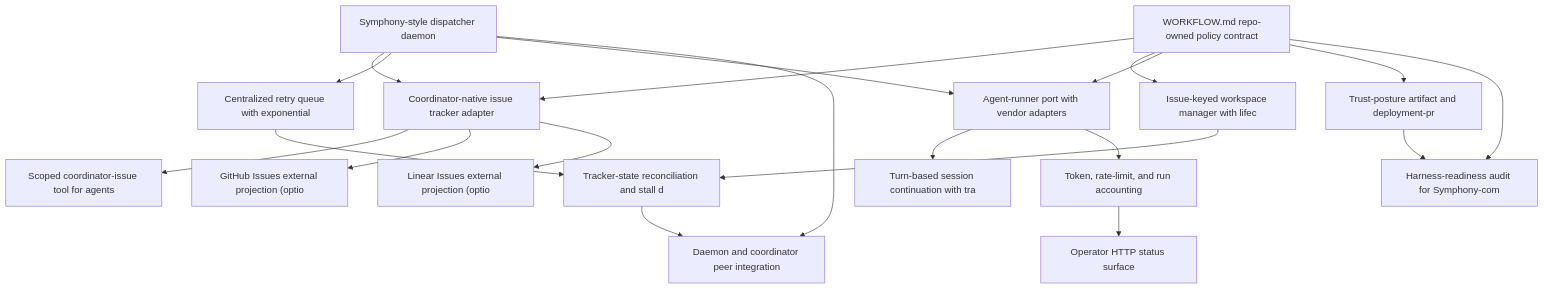
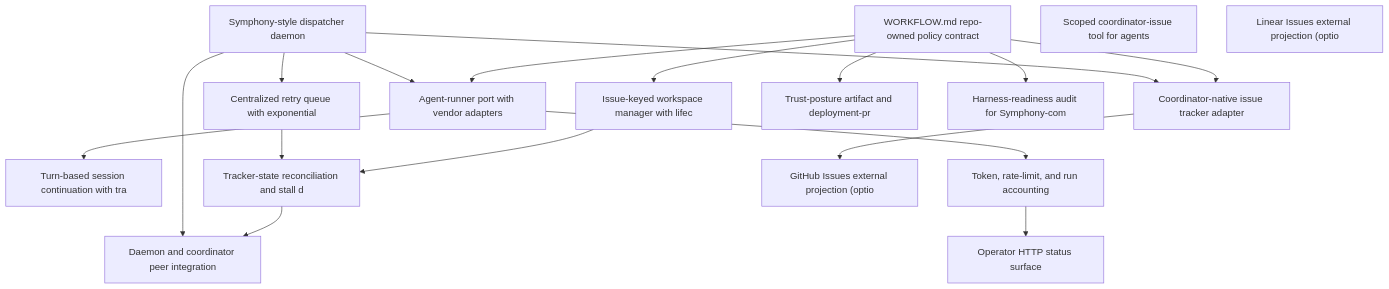
Before and after one commit to jankneumann/agentic-coding-tools: the diagram in openspec/roadmaps/symphony/roadmap.md, drawn with Mermaid. The commit also changed other lines of this file and 6 other files, not shown here.

First line of the commit message:
refactor(roadmap): supersede always-on ri-08 dispatcher daemon with operator-front-door ri-09

````diff
--- a/openspec/roadmaps/symphony/roadmap.md
+++ b/openspec/roadmaps/symphony/roadmap.md
@@ -33,38 +32,35 @@
 ```mermaid
 graph TD
     dispatcher-daemon["Symphony-style dispatcher daemon"]
     workflow-md-contract["WORKFLOW.md repo-owned policy contract"]
     coordinator-tracker-adapter["Coordinator-native issue tracker adapter"]
     workspace-manager-hooks["Issue-keyed workspace manager with lifec"]
     retry-queue-backoff["Centralized retry queue with exponential"]
     agent-runner-port["Agent-runner port with vendor adapters"]
     turn-based-continuation["Turn-based session continuation with tra"]
     reconciliation-stall-detection["Tracker-state reconciliation and stall d"]
     coordinator-issue-tool["Scoped coordinator-issue tool for agents"]
     token-ratelimit-accounting["Token, rate-limit, and run accounting"]
     operator-http-status-surface["Operator HTTP status surface"]
     trust-posture-binding["Trust-posture artifact and deployment-pr"]
     coordinator-integration["Daemon and coordinator peer integration"]
     github-tracker-adapter["GitHub Issues external projection (optio"]
     linear-tracker-adapter["Linear Issues external projection (optio"]
     harness-readiness-audit["Harness-readiness audit for Symphony-com"]
     dispatcher-daemon --> coordinator-tracker-adapter
     workflow-md-contract --> coordinator-tracker-adapter
     workflow-md-contract --> workspace-manager-hooks
     dispatcher-daemon --> retry-queue-backoff
     dispatcher-daemon --> agent-runner-port
     workflow-md-contract --> agent-runner-port
     agent-runner-port --> turn-based-continuation
     retry-queue-backoff --> reconciliation-stall-detection
     workspace-manager-hooks --> reconciliation-stall-detection
-    coordinator-tracker-adapter --> coordinator-issue-tool
     agent-runner-port --> token-ratelimit-accounting
     token-ratelimit-accounting --> operator-http-status-surface
     workflow-md-contract --> trust-posture-binding
     dispatcher-daemon --> coordinator-integration
     reconciliation-stall-detection --> coordinator-integration
     coordinator-tracker-adapter --> github-tracker-adapter
-    coordinator-tracker-adapter --> linear-tracker-adapter
     workflow-md-contract --> harness-readiness-audit
-    trust-posture-binding --> harness-readiness-audit
 ```
````
